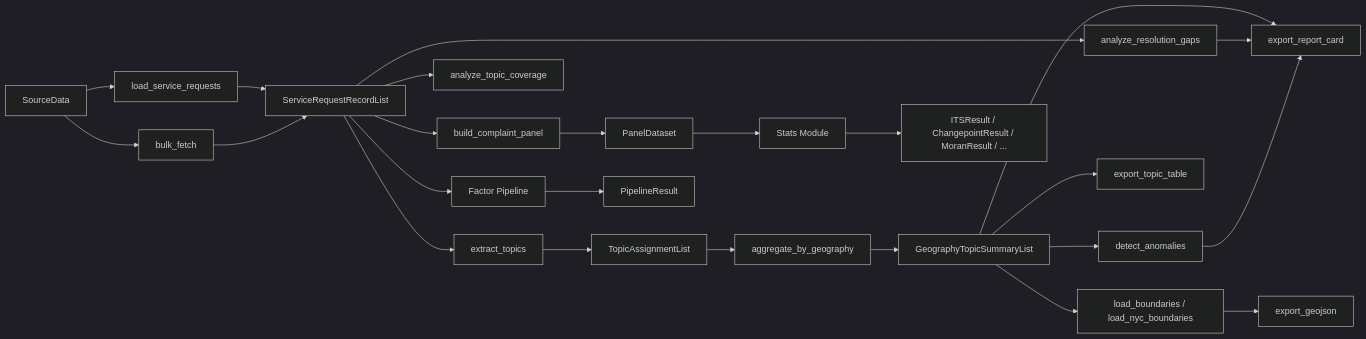
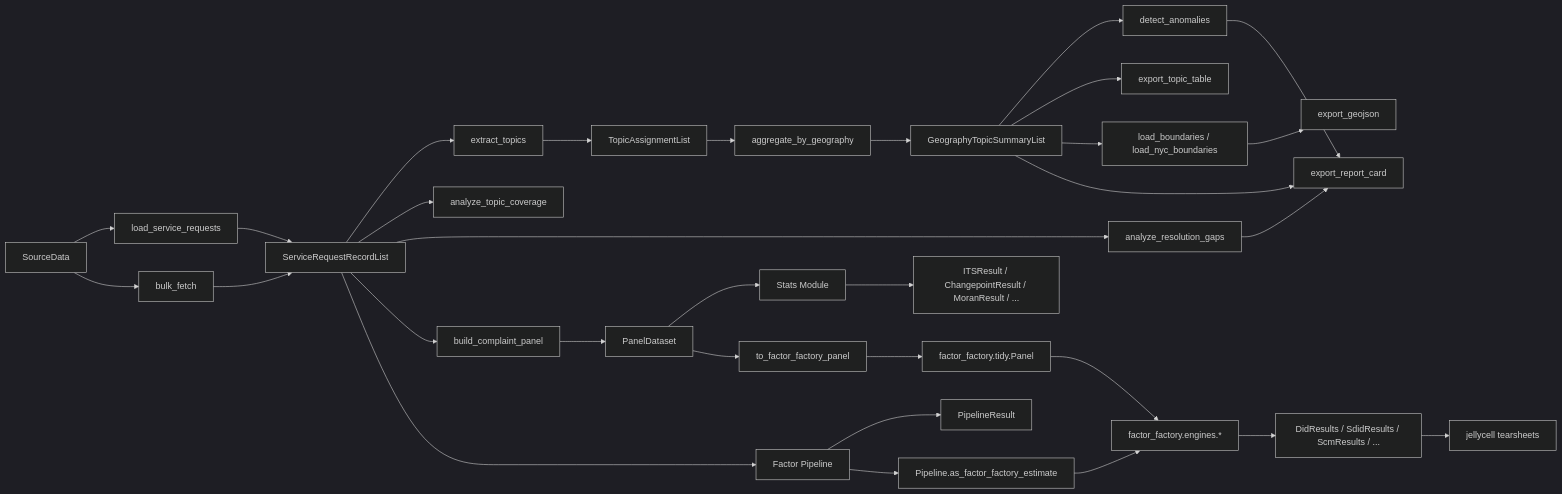
Before and after one commit to random-walks/nyc311: the first of 2 diagrams in docs/architecture.md, drawn with Mermaid (dark theme). The commit also changed other lines of this file and 19 other files, not shown here.

````diff
--- a/docs/architecture.md
+++ b/docs/architecture.md
@@ -10,26 +10,33 @@
 ```mermaid
 flowchart LR
     sourceData[SourceData] --> loaders[load_service_requests]
     sourceData --> bulkFetch[bulk_fetch]
     loaders --> records[ServiceRequestRecordList]
     bulkFetch --> records
     records --> extract[extract_topics]
     records --> coverage[analyze_topic_coverage]
     records --> gaps[analyze_resolution_gaps]
     records --> panel[build_complaint_panel]
     records --> factors[Factor Pipeline]
     extract --> assignments[TopicAssignmentList]
     assignments --> aggregate[aggregate_by_geography]
     aggregate --> summaries[GeographyTopicSummaryList]
     summaries --> anomalies[detect_anomalies]
     summaries --> csvExport[export_topic_table]
     summaries --> geojsonPrep[load_boundaries / load_nyc_boundaries]
     geojsonPrep --> geojsonExport[export_geojson]
     summaries --> report[export_report_card]
     gaps --> report
     anomalies --> report
     panel --> panelDS[PanelDataset]
     panelDS --> stats[Stats Module]
+    panelDS --> ffAdapter[to_factor_factory_panel]
     factors --> pipeResult[PipelineResult]
+    factors --> ffBridge[Pipeline.as_factor_factory_estimate]
+    ffAdapter --> ffPanel[factor_factory.tidy.Panel]
+    ffPanel --> ffEngines[factor_factory.engines.*]
+    ffBridge --> ffEngines
+    ffEngines --> ffResults[DidResults / SdidResults / ScmResults / ...]
+    ffResults --> jellycell[jellycell tearsheets]
     stats --> statsResults[ITSResult / ChangepointResult / MoranResult / ...]
 ```
````
